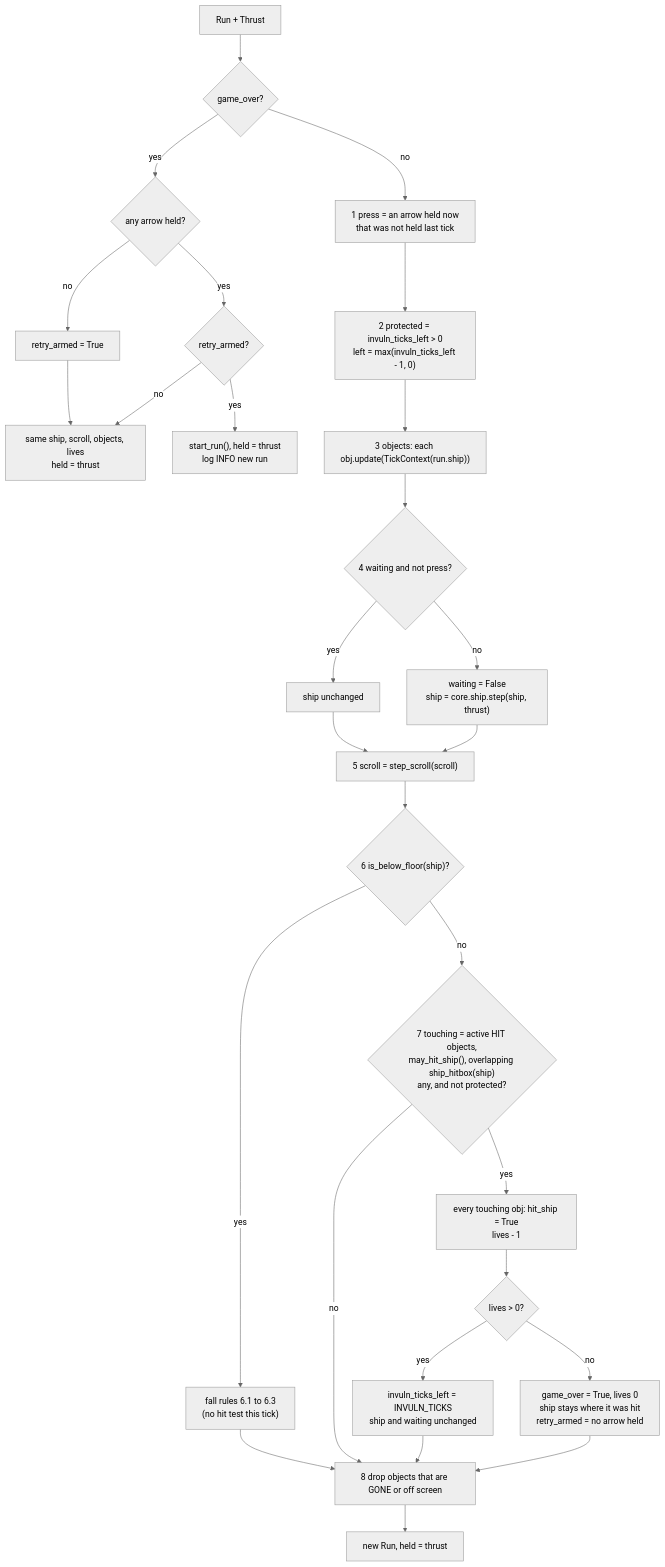
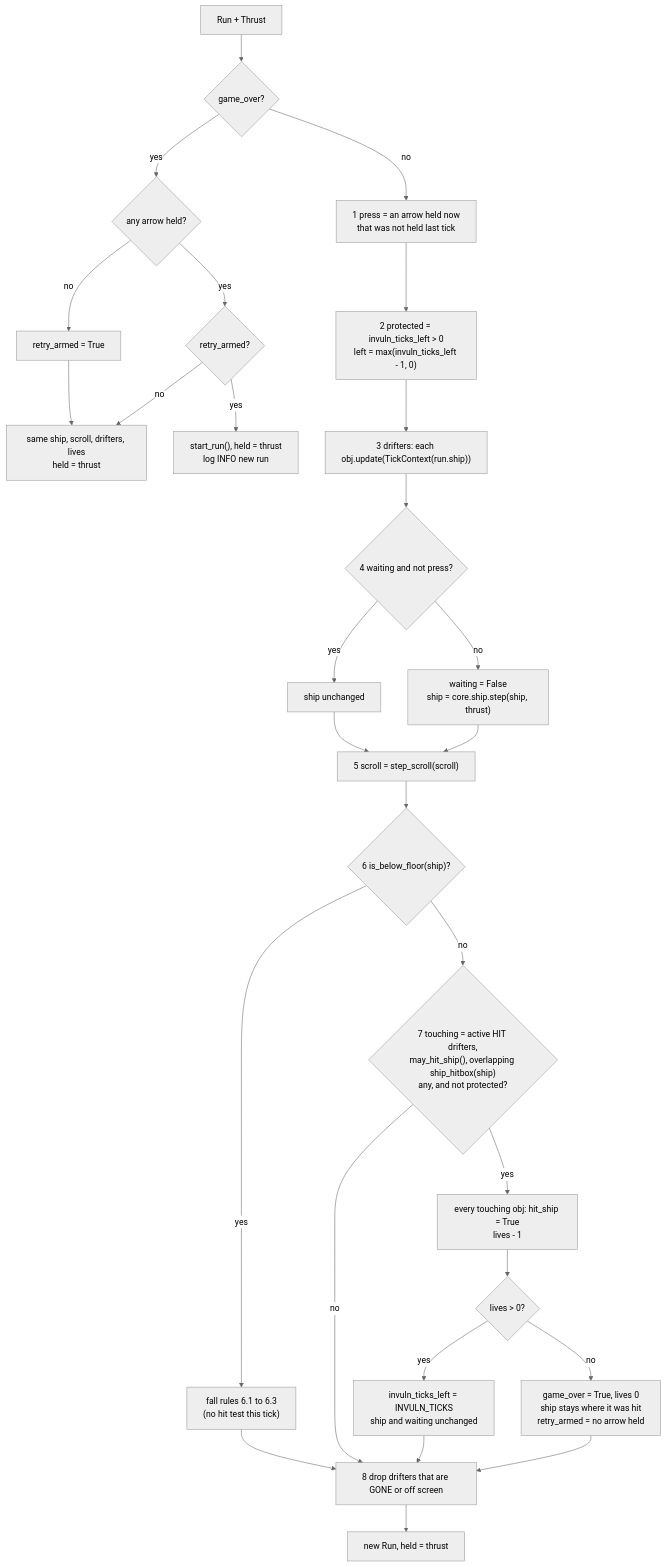
Before and after one commit to david-mntl/driftward-ace: the second of 3 diagrams in docs/contracts/systems/run.md, drawn with Mermaid (neutral theme). The commit also changed other lines of this file and 68 other files, not shown here.

First line of the commit message:
refactor: rename objects to drifters across code, contracts and GDD

````diff
--- a/docs/contracts/systems/run.md
+++ b/docs/contracts/systems/run.md
@@ -38,29 +38,29 @@
 ```mermaid
 flowchart TD
   IN["Run + Thrust"] --> GO{"game_over?"}
   GO -- yes --> G1{"any arrow held?"}
-  G1 -- no --> G2["retry_armed = True"] --> GOUT["same ship, scroll, objects, lives<br/>held = thrust"]
+  G1 -- no --> G2["retry_armed = True"] --> GOUT["same ship, scroll, drifters, lives<br/>held = thrust"]
   G1 -- yes --> G3{"retry_armed?"}
   G3 -- no --> GOUT
   G3 -- yes --> NEW["start_run(), held = thrust<br/>log INFO new run"]
   GO -- no --> P1["1 press = an arrow held now<br/>that was not held last tick"]
   P1 --> P2["2 protected = invuln_ticks_left > 0<br/>left = max(invuln_ticks_left - 1, 0)"]
-  P2 --> P3["3 objects: each obj.update(TickContext(run.ship))"]
+  P2 --> P3["3 drifters: each obj.update(TickContext(run.ship))"]
   P3 --> P4{"4 waiting and not press?"}
   P4 -- yes --> STAY["ship unchanged"]
   P4 -- no --> STEP["waiting = False<br/>ship = core.ship.step(ship, thrust)"]
   STAY --> P5["5 scroll = step_scroll(scroll)"]
   STEP --> P5
   P5 --> P6{"6 is_below_floor(ship)?"}
   P6 -- yes --> FALL["fall rules 6.1 to 6.3<br/>(no hit test this tick)"]
-  P6 -- no --> P7{"7 touching = active HIT objects,<br/>may_hit_ship(), overlapping ship_hitbox(ship)<br/>any, and not protected?"}
+  P6 -- no --> P7{"7 touching = active HIT drifters,<br/>may_hit_ship(), overlapping ship_hitbox(ship)<br/>any, and not protected?"}
   P7 -- no --> P8
   P7 -- yes --> H1["every touching obj: hit_ship = True<br/>lives - 1"]
   H1 --> H2{"lives > 0?"}
   H2 -- yes --> HI["invuln_ticks_left = INVULN_TICKS<br/>ship and waiting unchanged"]
   H2 -- no --> HG["game_over = True, lives 0<br/>ship stays where it was hit<br/>retry_armed = no arrow held"]
-  FALL --> P8["8 drop objects that are GONE or off screen"]
+  FALL --> P8["8 drop drifters that are GONE or off screen"]
   HI --> P8
   HG --> P8
   P8 --> OUT["new Run, held = thrust"]
 ```
````
